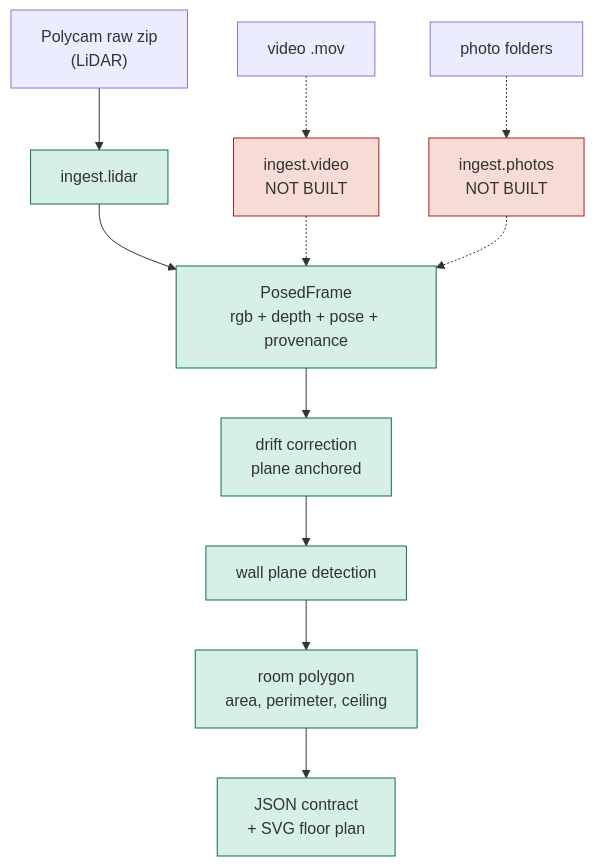
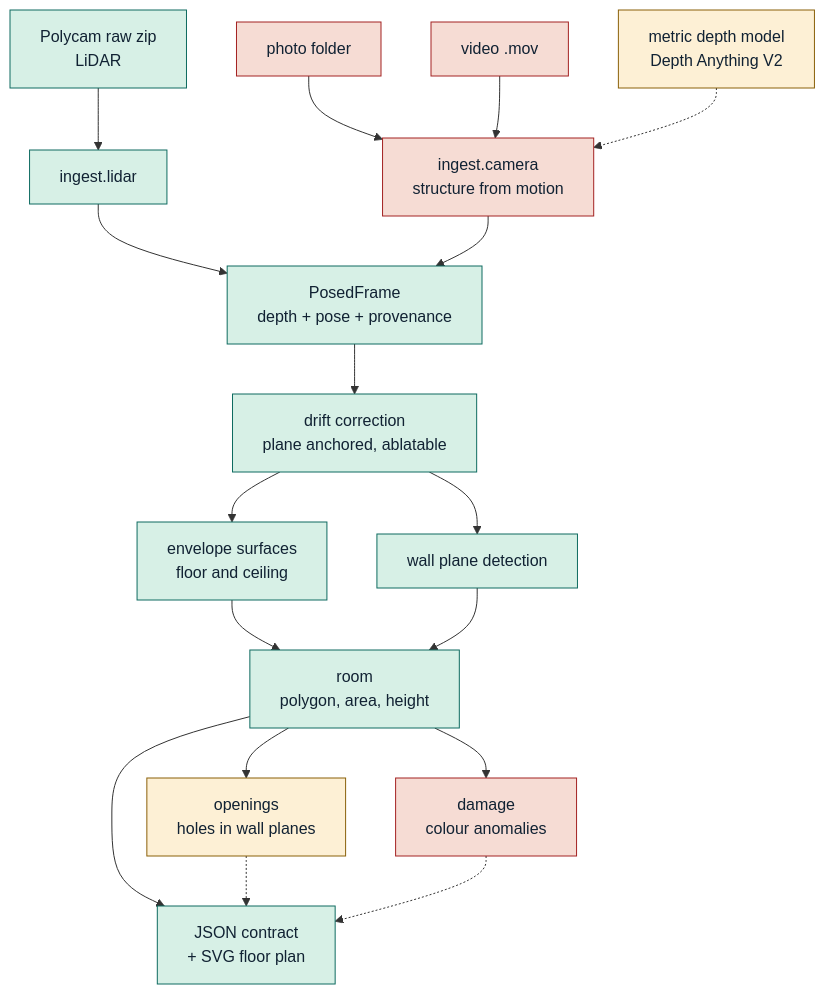
The diagram in docs/technical-report.md (Advaith789/cozmo-capture), drawn with Mermaid before and after one commit. The commit also changed other lines of this file and 3 other files, not shown here.

Commit message:
update architecture diagram to match built state, add per-box walkthrough

````diff
--- a/docs/technical-report.md
+++ b/docs/technical-report.md
@@ -20,21 +20,25 @@
 ```mermaid
 flowchart TD
-    A["Polycam raw zip<br/>(LiDAR)"] --> D["ingest.lidar"]
-    B["video .mov"] -.-> E["ingest.video<br/>NOT BUILT"]
-    C["photo folders"] -.-> F["ingest.photos<br/>NOT BUILT"]
-    D --> G["PosedFrame<br/>rgb + depth + pose + provenance"]
-    E -.-> G
-    F -.-> G
-    G --> H["drift correction<br/>plane anchored"]
-    H --> I["wall plane detection"]
-    I --> J["room polygon<br/>area, perimeter, ceiling"]
-    J --> K["JSON contract<br/>+ SVG floor plan"]
-    style D fill:#d7f0e6,stroke:#0e6b60
-    style G fill:#d7f0e6,stroke:#0e6b60
-    style H fill:#d7f0e6,stroke:#0e6b60
-    style I fill:#d7f0e6,stroke:#0e6b60
-    style J fill:#d7f0e6,stroke:#0e6b60
-    style K fill:#d7f0e6,stroke:#0e6b60
-    style E fill:#f6dcd4,stroke:#a32222
-    style F fill:#f6dcd4,stroke:#a32222
+    A["Polycam raw zip<br/>LiDAR"] --> D["ingest.lidar"]
+    B["photo folder"] --> E["ingest.camera<br/>structure from motion"]
+    C["video .mov"] --> E
+    M["metric depth model<br/>Depth Anything V2"] -.-> E
+    D --> G["PosedFrame<br/>depth + pose + provenance"]
+    E --> G
+    G --> H["drift correction<br/>plane anchored, ablatable"]
+    H --> I["envelope surfaces<br/>floor and ceiling"]
+    H --> J["wall plane detection"]
+    I --> K["room<br/>polygon, area, height"]
+    J --> K
+    K --> N["openings<br/>holes in wall planes"]
+    K --> P["damage<br/>colour anomalies"]
+    K --> O["JSON contract<br/>+ SVG floor plan"]
+    N -.-> O
+    P -.-> O
+    classDef ok fill:#d7f0e6,stroke:#0e6b60,color:#123
+    classDef warn fill:#fdf0d5,stroke:#8a6009,color:#123
+    classDef bad fill:#f6dcd4,stroke:#a32222,color:#123
+    class A,D,G,H,I,J,K,O ok
+    class M,N warn
+    class B,C,E,P bad
 ```
````
